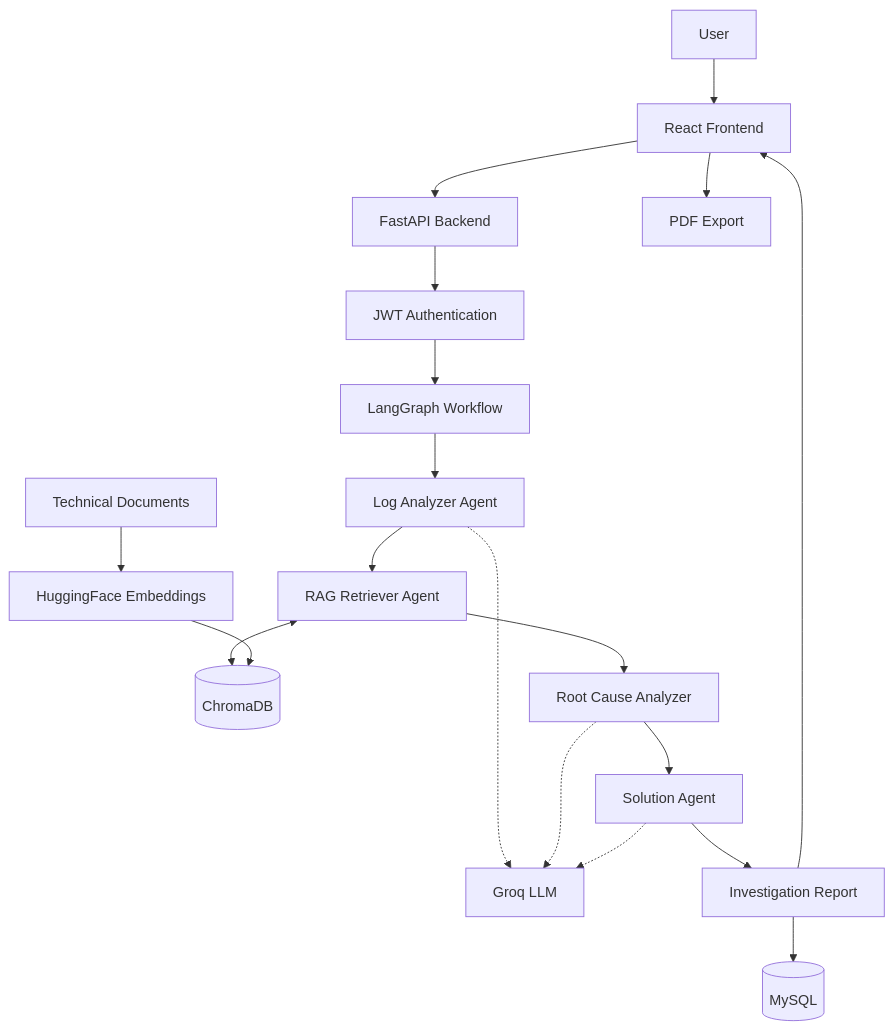
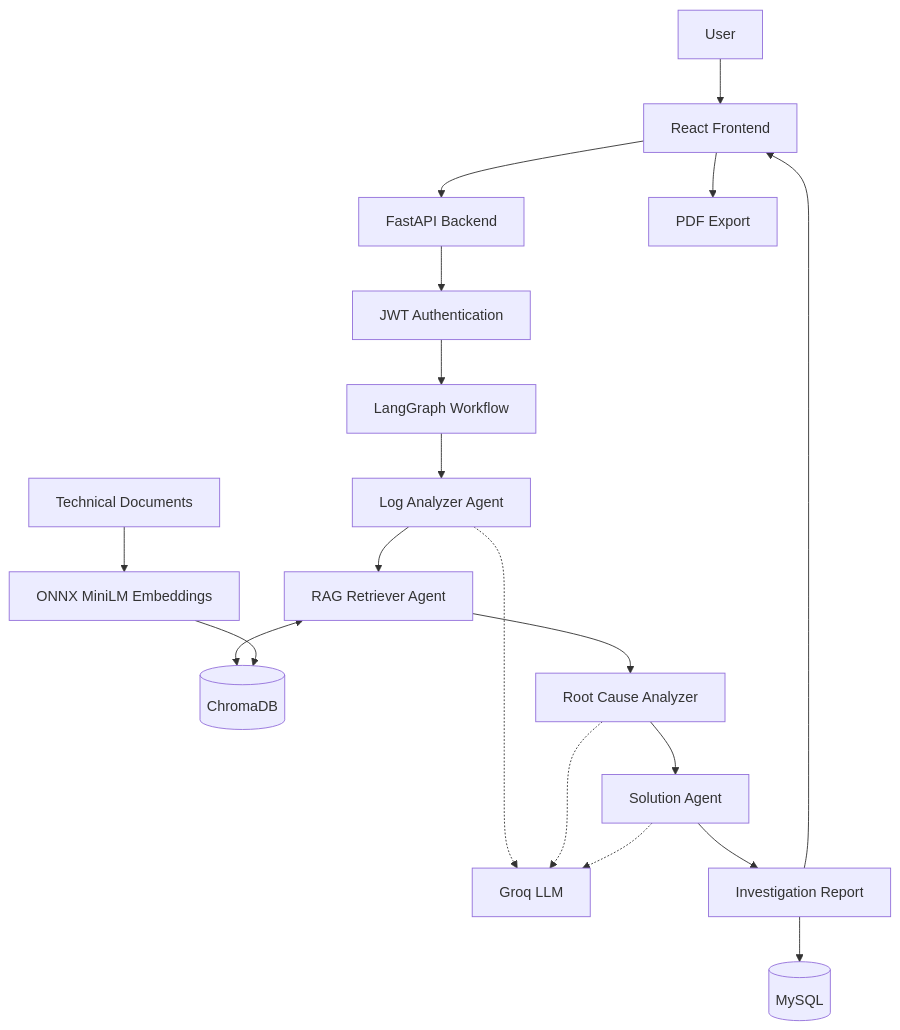
Before and after one commit to vivekkeskar/SentinelAI: the first of 4 diagrams in README.md, drawn with Mermaid. The commit also changed other lines of this file, not shown here.

````diff
--- a/README.md
+++ b/README.md
@@ -57,21 +84,26 @@
 ```mermaid
 flowchart TD
     A[User] --> B[React Frontend]
     B --> C[FastAPI Backend]
     C --> D[JWT Authentication]
     D --> E[LangGraph Workflow]
+
     E --> F[Log Analyzer Agent]
     F --> G[RAG Retriever Agent]
+
     G <--> H[(ChromaDB)]
-    I[Technical Documents] --> J[HuggingFace Embeddings]
+    I[Technical Documents] --> J[ONNX MiniLM Embeddings]
     J --> H
+
     G --> K[Root Cause Analyzer]
     K --> L[Solution Agent]
+
     F -.-> M[Groq LLM]
     K -.-> M
     L -.-> M
+
     L --> N[Investigation Report]
     N --> O[(MySQL)]
     N --> B
     B --> P[PDF Export]
 ```
````
